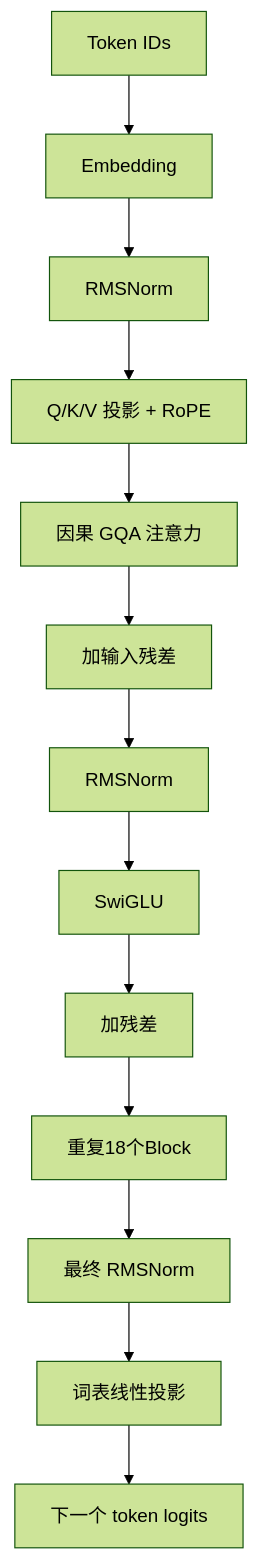
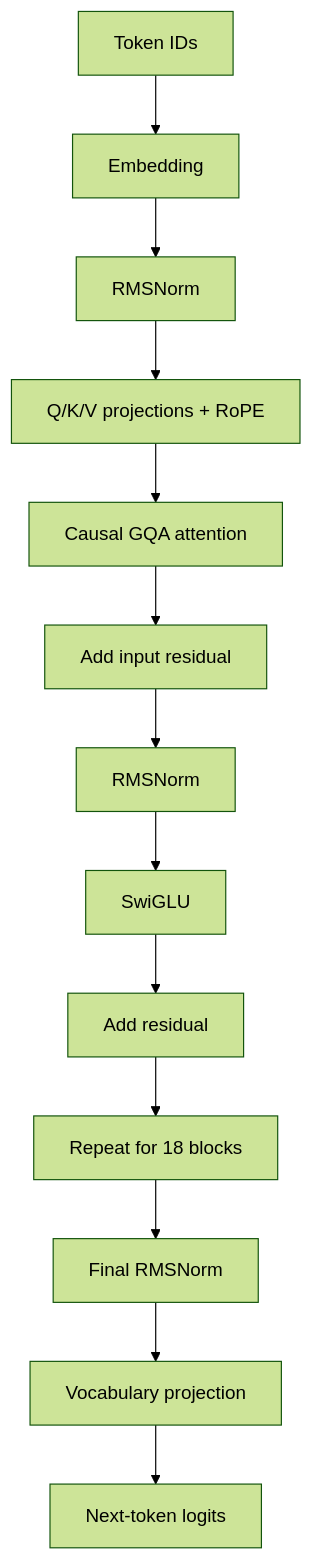
Before and after one commit to NewtonLebnitz/from-scratch-llm: the diagram in docs/ARCHITECTURE.md, drawn with Mermaid (forest theme). The commit also changed other lines of this file and 10 other files, not shown here.

````diff
--- a/docs/ARCHITECTURE.md
+++ b/docs/ARCHITECTURE.md
@@ -7,15 +7,15 @@
 ```mermaid
 flowchart TB
  I[Token IDs] --> E[Embedding]
  E --> N1[RMSNorm]
- N1 --> Q[Q/K/V 投影 + RoPE]
- Q --> A[因果 GQA 注意力]
- A --> R1[加输入残差]
+ N1 --> Q[Q/K/V projections + RoPE]
+ Q --> A[Causal GQA attention]
+ A --> R1[Add input residual]
  R1 --> N2[RMSNorm]
  N2 --> F[SwiGLU]
- F --> R2[加残差]
- R2 --> NEXT[重复18个Block]
- NEXT --> NF[最终 RMSNorm]
- NF --> L[词表线性投影]
- L --> O[下一个 token logits]
+ F --> R2[Add residual]
+ R2 --> NEXT[Repeat for 18 blocks]
+ NEXT --> NF[Final RMSNorm]
+ NF --> L[Vocabulary projection]
+ L --> O[Next-token logits]
 ```
````
